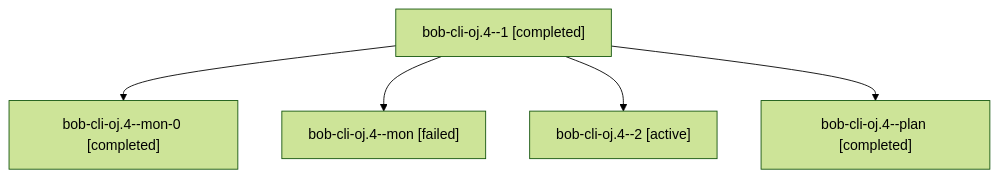
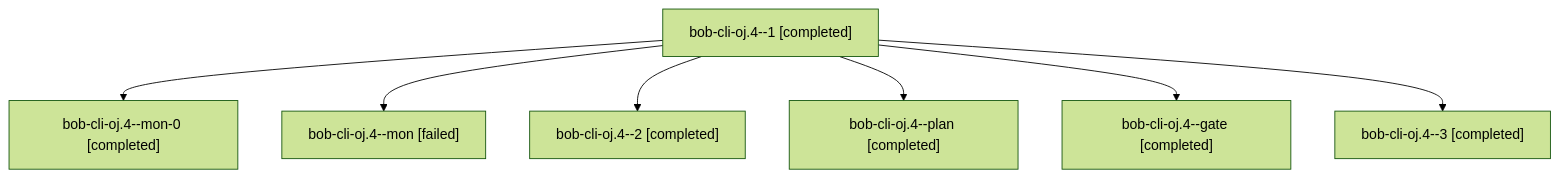
One commit to bobs-org/bob-cli--agents changed the diagram in sessions/bbugyi200.athena.bob-cli-oj.4.md. Above: the diagram before and after it, drawn with Mermaid (forest theme). The commit also changed other lines of this file and 182 other files, not shown here.

````diff
--- a/sessions/bbugyi200.athena.bob-cli-oj.4.md
+++ b/sessions/bbugyi200.athena.bob-cli-oj.4.md
@@ -9,12 +9,16 @@
 ```mermaid
 flowchart TD
   n0["bob-cli-oj.4--1 [completed]"]
   n1["bob-cli-oj.4--mon-0 [completed]"]
   n0 --> n1
   n2["bob-cli-oj.4--mon [failed]"]
   n0 --> n2
-  n3["bob-cli-oj.4--2 [active]"]
+  n3["bob-cli-oj.4--2 [completed]"]
   n0 --> n3
   n4["bob-cli-oj.4--plan [completed]"]
   n0 --> n4
+  n5["bob-cli-oj.4--gate [completed]"]
+  n0 --> n5
+  n6["bob-cli-oj.4--3 [completed]"]
+  n0 --> n6
 ```
````
